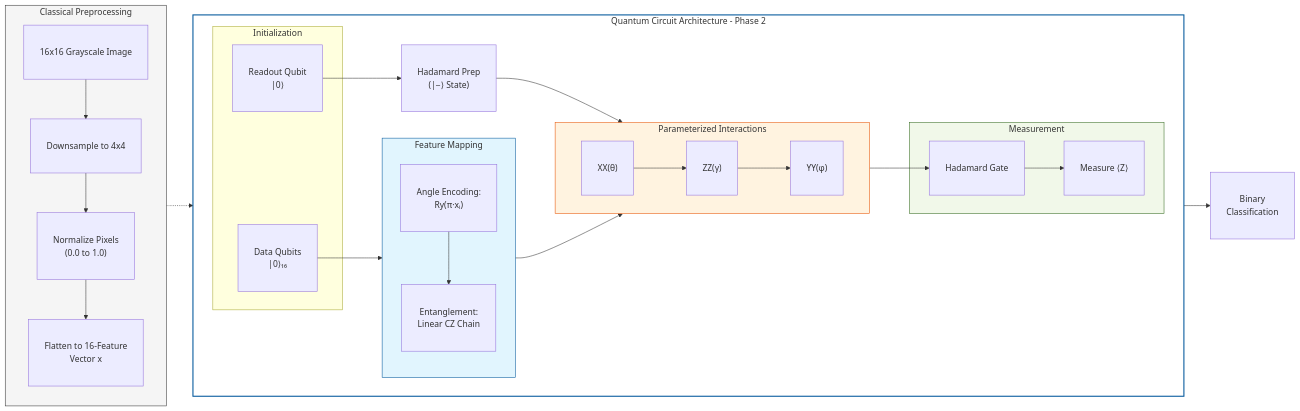
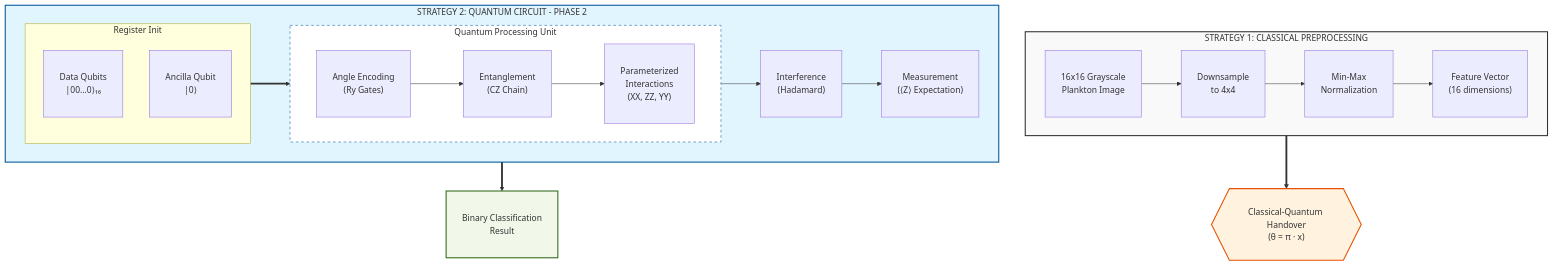
Before and after one commit to juleshenry/quantum-mnist: the diagram in README.md, drawn with Mermaid. The commit also changed other lines of this file, not shown here.

````diff
--- a/README.md
+++ b/README.md
@@ -26,57 +26,44 @@
 ```mermaid
-graph LR
-    %% Classical Pipeline
-    subgraph Preprocessing [Classical Preprocessing]
-        direction TB
-        A["<br/>16x16 Grayscale Image<br/><br/>"] --> B["<br/>Downsample to 4x4<br/><br/>"]
-        B --> C["<br/>Normalize Pixels<br/>(0.0 to 1.0)<br/><br/>"]
-        C --> D["<br/>Flatten to 16-Feature<br/>Vector x<br/><br/>"]
+graph TD
+    %% Classical Layer
+    subgraph Classical_Layer [STRATEGY 1: CLASSICAL PREPROCESSING]
+        direction LR
+        A["<br/>16x16 Grayscale<br/>Plankton Image<br/><br/>"] --> B["<br/>Downsample<br/>to 4x4<br/><br/>"]
+        B --> C["<br/>Min-Max<br/>Normalization<br/><br/>"]
+        C --> D["<br/>Feature Vector<br/>(16 dimensions)<br/><br/>"]
     end
 
-    %% Quantum Circuit
-    subgraph QPU [Quantum Circuit Architecture - Phase 2]
+    %% Data Handover
+    D ==> Interface{{"<br/>Classical-Quantum Handover<br/>(θ = π · x)<br/><br/>"}}
+
+    %% Quantum Layer
+    subgraph Quantum_Layer [STRATEGY 2: QUANTUM CIRCUIT - PHASE 2]
         direction LR
         
-        subgraph Init [Initialization]
-            Q_d["<br/>Data Qubits<br/>|0⟩₁₆<br/><br/>"]
-            Q_a["<br/>Readout Qubit<br/>|0⟩<br/><br/>"]
+        subgraph Register_Init [Register Init]
+            direction TB
+            Q_Data["<br/>Data Qubits<br/>|00...0⟩₁₆<br/><br/>"]
+            Q_Anc["<br/>Ancilla Qubit<br/>|0⟩<br/><br/>"]
         end
 
-        subgraph Encoding [Feature Mapping]
-            direction TB
-            E1["<br/>Angle Encoding:<br/>Ry(π·xᵢ)<br/><br/>"]
-            E2["<br/>Entanglement:<br/>Linear CZ Chain<br/><br/>"]
-            E1 --> E2
+        subgraph PQC_Flow [Quantum Processing Unit]
+            direction LR
+            E["<br/>Angle Encoding<br/>(Ry Gates)<br/><br/>"] --> F["<br/>Entanglement<br/>(CZ Chain)<br/><br/>"]
+            F --> G["<br/>Parameterized<br/>Interactions<br/>(XX, ZZ, YY)<br/><br/>"]
         end
-
-        subgraph PQC [Parameterized Interactions]
-            direction LR
-            I1["<br/>XX(θ)<br/><br/>"] --> I2["<br/>ZZ(γ)<br/><br/>"] --> I3["<br/>YY(φ)<br/><br/>"]
-        end
-
-        subgraph Readout [Measurement]
-            M1["<br/>Hadamard Gate<br/><br/>"]
-            M2["<br/>Measure ⟨Z⟩<br/><br/>"]
-            M1 --> M2
-        end
-
-        %% Data Flow
-        Q_d --> Encoding
-        Q_a --> Prep["<br/>Hadamard Prep<br/>(|−⟩ State)<br/><br/>"]
         
-        Encoding --> PQC
-        Prep --> PQC
-        
-        PQC --> M1
+        Register_Init ==> PQC_Flow
+        PQC_Flow --> H["<br/>Interference<br/>(Hadamard)<br/><br/>"]
+        H --> I["<br/>Measurement<br/>(⟨Z⟩ Expectation)<br/><br/>"]
     end
 
-    %% External Connections
-    D -.-> E1
-    M2 --> Result["<br/>Binary<br/>Classification<br/><br/>"]
+    %% Final Output
+    I ==> J["<br/>Binary Classification<br/>Result<br/><br/>"]
 
-    style Preprocessing fill:#f5f5f5,stroke:#333,stroke-width:1px
-    style QPU fill:#fff,stroke:#01579b,stroke-width:2px
-    style Encoding fill:#e1f5fe,stroke:#01579b
-    style PQC fill:#fff3e0,stroke:#e65100
-    style Readout fill:#f1f8e9,stroke:#33691e
+    %% Styling
+    style Classical_Layer fill:#f9f9f9,stroke:#333,stroke-width:2px
+    style Quantum_Layer fill:#e1f5fe,stroke:#01579b,stroke-width:2px
+    style Interface fill:#fff3e0,stroke:#e65100,stroke-width:2px
+    style PQC_Flow fill:#fff,stroke:#01579b,stroke-dasharray: 5 5
+    style J fill:#f1f8e9,stroke:#33691e,stroke-width:2px
 ```
````
